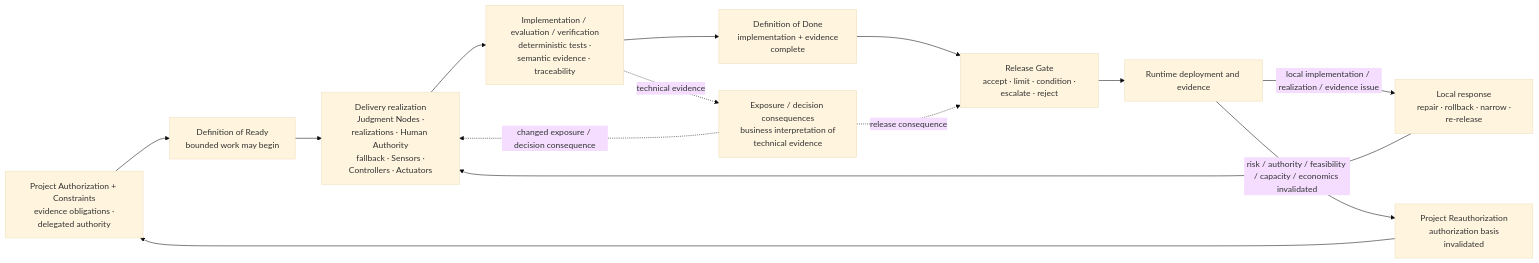
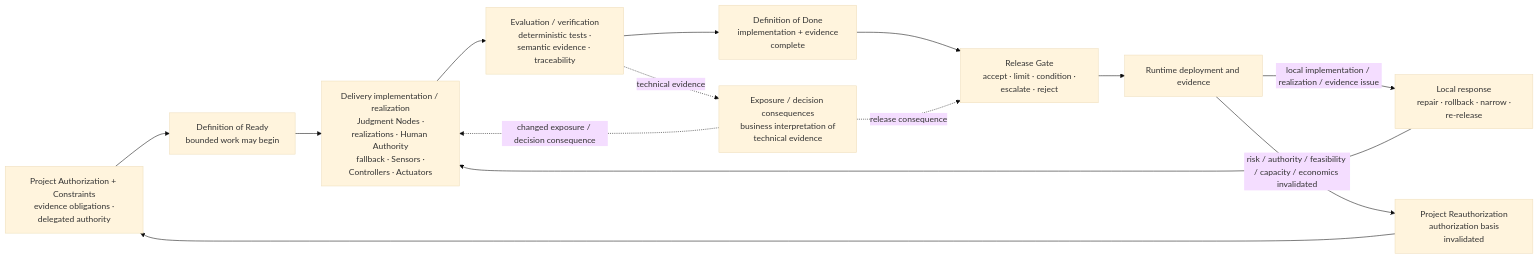
Before and after one commit to UncertaintyArchitectureGroup/uncertainty-architecture: diagram 12 of 15 in content/research/notes/open-engineering-specification-article-draft.md, drawn with Mermaid (base theme). The commit also changed other lines of this file, not shown here.

Commit message:
Address Section 4 semantic review findings

````diff
--- a/content/research/notes/open-engineering-specification-article-draft.md
+++ b/content/research/notes/open-engineering-specification-article-draft.md
@@ -716,20 +718,20 @@
 ```mermaid
 flowchart LR
     P["Project Authorization + Constraints<br/> evidence obligations · delegated authority"]
     R["Definition of Ready<br/> bounded work may begin"]
-    ENG["Delivery realization<br/> Judgment Nodes · realizations · Human Authority<br/> fallback · Sensors · Controllers · Actuators"]
-    VER["Implementation / evaluation / verification<br/> deterministic tests · semantic evidence · traceability"]
+    ENG["Delivery implementation / realization<br/> Judgment Nodes · realizations · Human Authority<br/> fallback · Sensors · Controllers · Actuators"]
+    VER["Evaluation / verification<br/> deterministic tests · semantic evidence · traceability"]
     BIZ["Exposure / decision consequences<br/> business interpretation of technical evidence"]
     D["Definition of Done<br/> implementation + evidence complete"]
     G["Release Gate<br/> accept · limit · condition · escalate · reject"]
     RUN["Runtime deployment and evidence"]
     LOCAL["Local response<br/> repair · rollback · narrow · re-release"]
     REAUTH["Project Reauthorization<br/> authorization basis invalidated"]
 
     P --> R --> ENG --> VER --> D --> G --> RUN
     VER -.->|technical evidence| BIZ
     BIZ -.->|changed exposure / decision consequence| ENG
     BIZ -.->|release consequence| G
     RUN -->|local implementation / realization / evidence issue| LOCAL --> ENG
     RUN -->|risk / authority / feasibility / capacity / economics invalidated| REAUTH --> P
 ```
````
